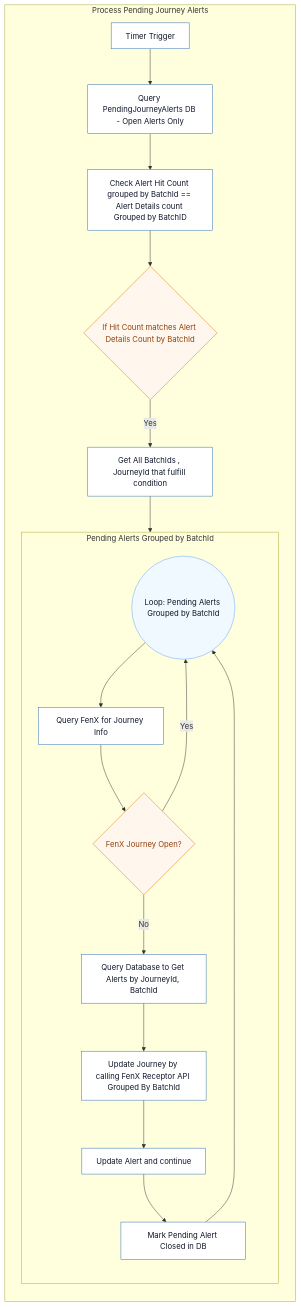
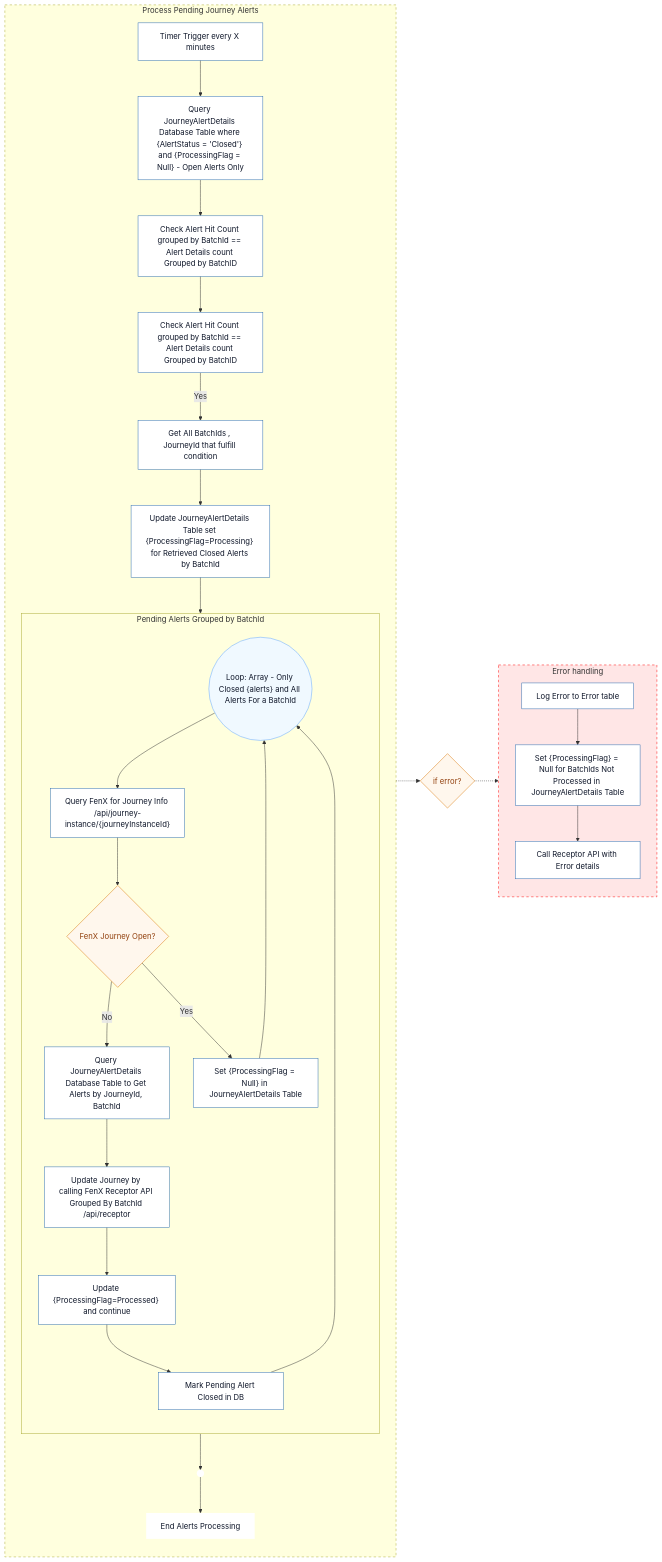
Before and after one commit to jojokoshy/Architecture_Diagrams_Python_AI: the diagram in Arch_Diagrams/v2/AlertFlow2.mmd, drawn with Mermaid. The commit also changed 1 other file, not shown here.

Commit message:
Refactor AlertFlow and AlertsFlow diagrams for improved clarity and consistency; updated node labels and enhanced error handling structure

```diff
--- a/Arch_Diagrams/v2/AlertFlow2.mmd
+++ b/Arch_Diagrams/v2/AlertFlow2.mmd
@@ -1,30 +1,54 @@
 %%{init: {"theme":"default","themeVariables": {"background":"#ffffff","fontSize":"14"}}}%%
-flowchart TB
+flowchart LR
 classDef step fill:#ffffff,stroke:#2b6cb0,color:#0f172a,stroke-width:1px;
 classDef decision fill:#fff7ed,stroke:#d97706,color:#92400e,stroke-width:1px;
 classDef loop fill:#f0f9ff,stroke:#60a5fa,color:#0f172a,stroke-width:1px;
 classDef footer fill:#ffffff,stroke:none,color:#0f172a;
 
 %% Pending Alerts Flow
-A1["Timer Trigger"]:::step
-subgraph PendingAlertsFlow [Process Pending Journey Alerts]
+subgraph MainFlow ["Process Pending Journey Alerts"]
 	direction TB 
-	A1 --> A2["Query PendingJourneyAlerts DB - Open Alerts Only"]:::step
+	A1["Timer Trigger every X minutes"]:::step
+	A1 --> A2["Query JourneyAlertDetails Database Table where {AlertStatus = 'Closed'} and {ProcessingFlag = Null} - Open Alerts Only"]:::step
 	A2 --> A3["Check Alert Hit Count grouped by BatchId == Alert Details count Grouped by BatchID"]:::step
-	A3 -->AlertCheckCondition{"If Hit Count matches Alert Details Count by BatchId"}:::decision
+	A3 -->AlertCheckCondition["Check Alert Hit Count grouped by BatchId == Alert Details count Grouped by BatchID"]:::step
 	AlertCheckCondition -->|Yes| A4["Get All BatchIds , JourneyId that fulfill condition"]:::step 
-	A4 --> LoopStart(("Loop: Pending Alerts Grouped by BatchId")):::loop
+	A4 --> UpdateAlerts["Update JourneyAlertDetails Table set {ProcessingFlag=Processing} for Retrieved Closed Alerts by BatchId"]:::step
+		
+	UpdateAlerts --> LoopStart(("Loop: Array - Only Closed {alerts} and All Alerts For a BatchId")):::loop
 	%%A2 --> LoopStart((Loop: Pending Alerts)):::loop
 
 	subgraph PendingLoop [Pending Alerts Grouped by BatchId]
 		direction TB
-		LoopStart --> E2["Query FenX for Journey Info"]:::step
+		LoopStart --> E2["Query FenX for Journey Info /api/journey-instance/{journeyInstanceId}"]:::step
 		E2 --> M{"FenX Journey Open?"}:::decision
-		M -->|No| N0["Query Database to Get Alerts by JourneyId, BatchId"]:::step
-		M -->|Yes| LoopStart
-		N0 --> N1["Update Journey by calling FenX Receptor API Grouped By BatchId"]:::step
-		N1 --> N2["Update Alert and continue"]:::step
+		M -->|No| N0["Query JourneyAlertDetails Database Table to Get Alerts by JourneyId, BatchId"]:::step
+		M -->|Yes| I["Set {ProcessingFlag = Null} in JourneyAlertDetails Table  "]:::step
+		I --> LoopStart
+		N0 --> N1["Update Journey by calling FenX Receptor API Grouped By BatchId /api/receptor"]:::step
+		N1 --> N2["Update {ProcessingFlag=Processed} and continue"]:::step
 		N2 --> N3["Mark Pending Alert Closed in DB"]:::step
 		N3 --> LoopStart
 	end
+	PendingLoop --> BottomAnchor((" "))
+	BottomAnchor --> O["End Alerts Processing"]:::footer
+	class BottomAnchor footer
 end
+style MainFlow stroke-dasharray: 5 5
+
+%% Decision between main and error blocks
+IfError{"if error?"}:::decision
+
+%% Error handling block to the right
+subgraph ErrorHandler ["Error handling"]
+  direction TB
+  EH1["Log Error to Error table"]:::step
+  EH2["Set {ProcessingFlag} = Null for BatchIds Not Processed in JourneyAlertDetails Table"]:::step
+  EH3["Call Receptor API with Error details"]:::step
+  
+  EH1 --> EH2 --> EH3
+end
+
+style ErrorHandler fill:#ffe6e6,stroke:#ff0000,stroke-dasharray: 5 5
+MainFlow -.-> IfError
+IfError -.-> ErrorHandler
```
